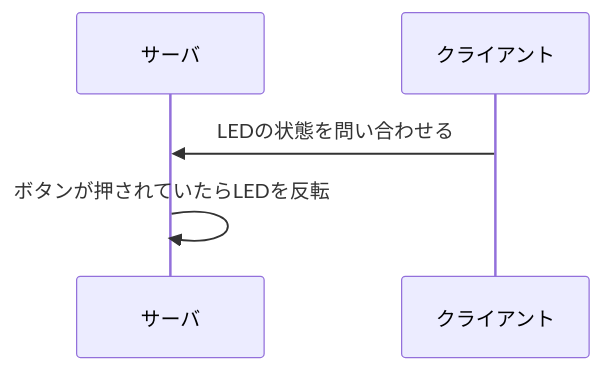
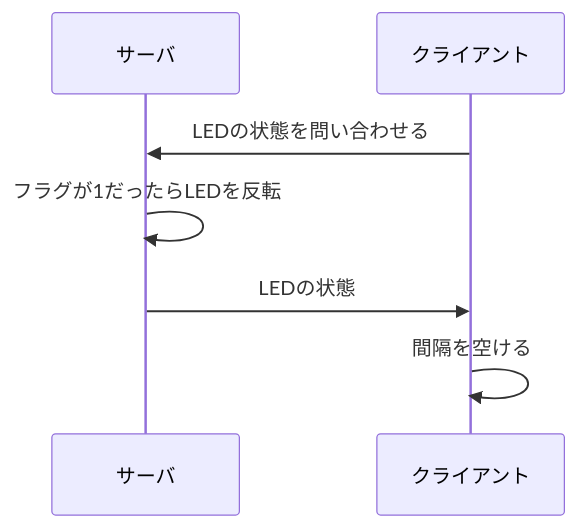
Before and after one commit to asa1729/webpro_06: the fifth of 5 diagrams in README.md, drawn with Mermaid.

````diff
--- a/README.md
+++ b/README.md
@@ -298,10 +298,12 @@
 ```mermaid
 sequenceDiagram
     participant A as サーバ
     participant B as クライアント
 
 
     B->>A: LEDの状態を問い合わせる
-    A->>A: ボタンが押されていたらLEDを反転
+    A->>A: フラグが1だったらLEDを反転
+    A->>B: LEDの状態
+    B->>B: 間隔を空ける
 
 ```
````
